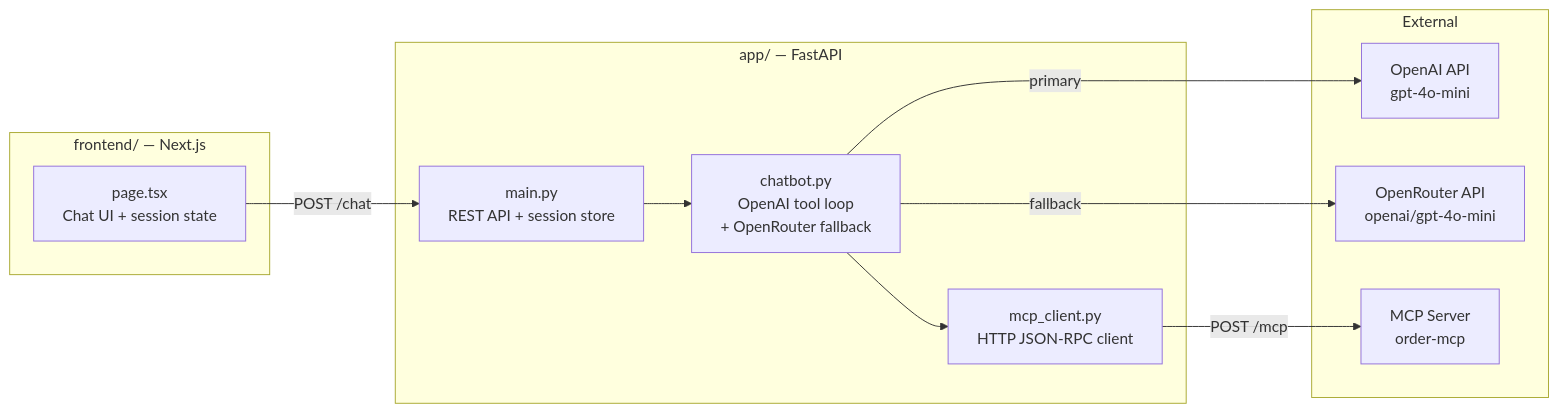
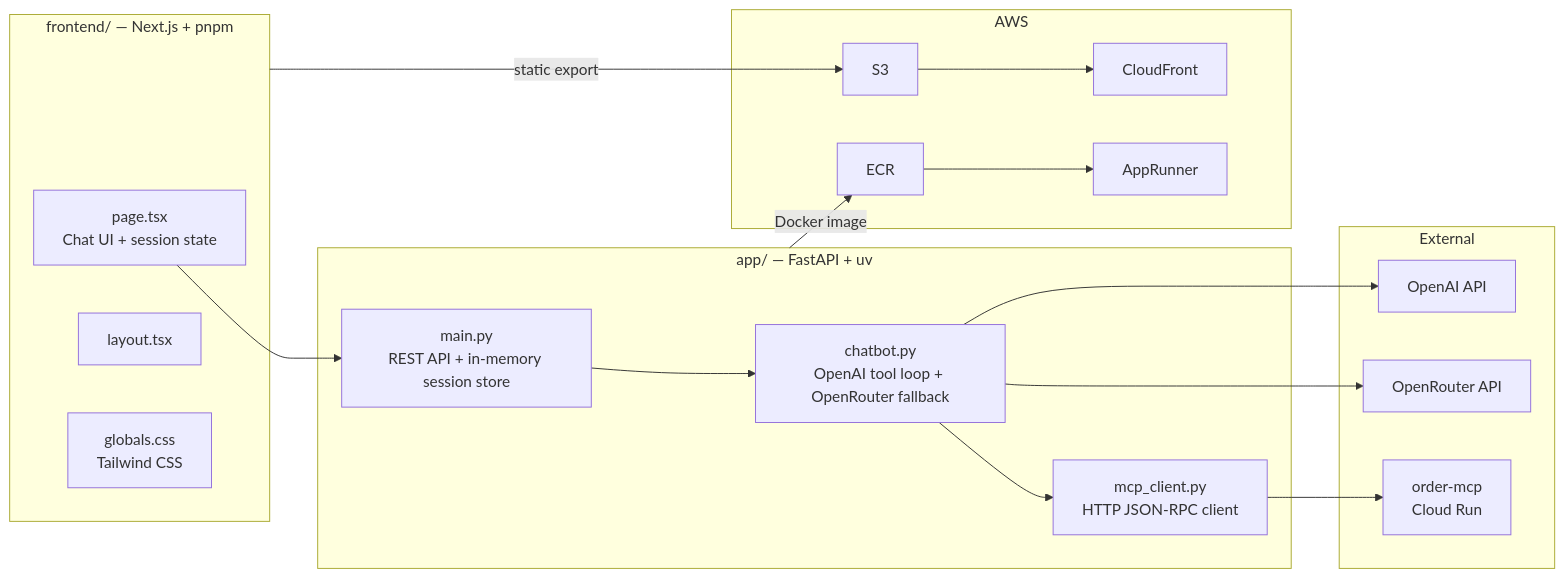
One commit to felixmakinda/meridian-chatbot changed the second of 6 diagrams in ARCHITECTURE.md. Above: the diagram before and after it, drawn with Mermaid. The commit also changed other lines of this file, not shown here.

Commit message:
Update architecture to reflect AppRunner + CloudFront deployment

````diff
--- a/ARCHITECTURE.md
+++ b/ARCHITECTURE.md
@@ -32,25 +32,39 @@
 ```mermaid
 flowchart LR
-    subgraph Frontend["frontend/ — Next.js"]
+    subgraph Frontend["frontend/  —  Next.js + pnpm"]
         P[page.tsx\nChat UI + session state]
+        L[layout.tsx]
+        G[globals.css\nTailwind CSS]
     end
 
-    subgraph Backend["app/ — FastAPI"]
-        M[main.py\nREST API + session store]
-        C[chatbot.py\nOpenAI tool loop\n+ OpenRouter fallback]
+    subgraph Backend["app/  —  FastAPI + uv"]
+        M[main.py\nREST API + in-memory session store]
+        C[chatbot.py\nOpenAI tool loop + OpenRouter fallback]
         MC[mcp_client.py\nHTTP JSON-RPC client]
     end
 
-    subgraph External
-        OAI[OpenAI API\ngpt-4o-mini]
-        OR[OpenRouter API\nopenai/gpt-4o-mini]
-        MCP[MCP Server\norder-mcp]
+    subgraph AWS
+        CF[CloudFront]
+        S3[S3]
+        AR[AppRunner]
+        ECR[ECR]
     end
 
-    P -->|POST /chat| M
+    subgraph External
+        OAI[OpenAI API]
+        OR[OpenRouter API]
+        MCP[order-mcp\nCloud Run]
+    end
+
+    P --> M
     M --> C
-    C -->|primary| OAI
-    C -->|fallback| OR
+    C --> OAI
+    C --> OR
     C --> MC
-    MC -->|POST /mcp| MCP
+    MC --> MCP
+
+    Frontend -->|static export| S3
+    S3 --> CF
+    Backend -->|Docker image| ECR
+    ECR --> AR
 ```
````
